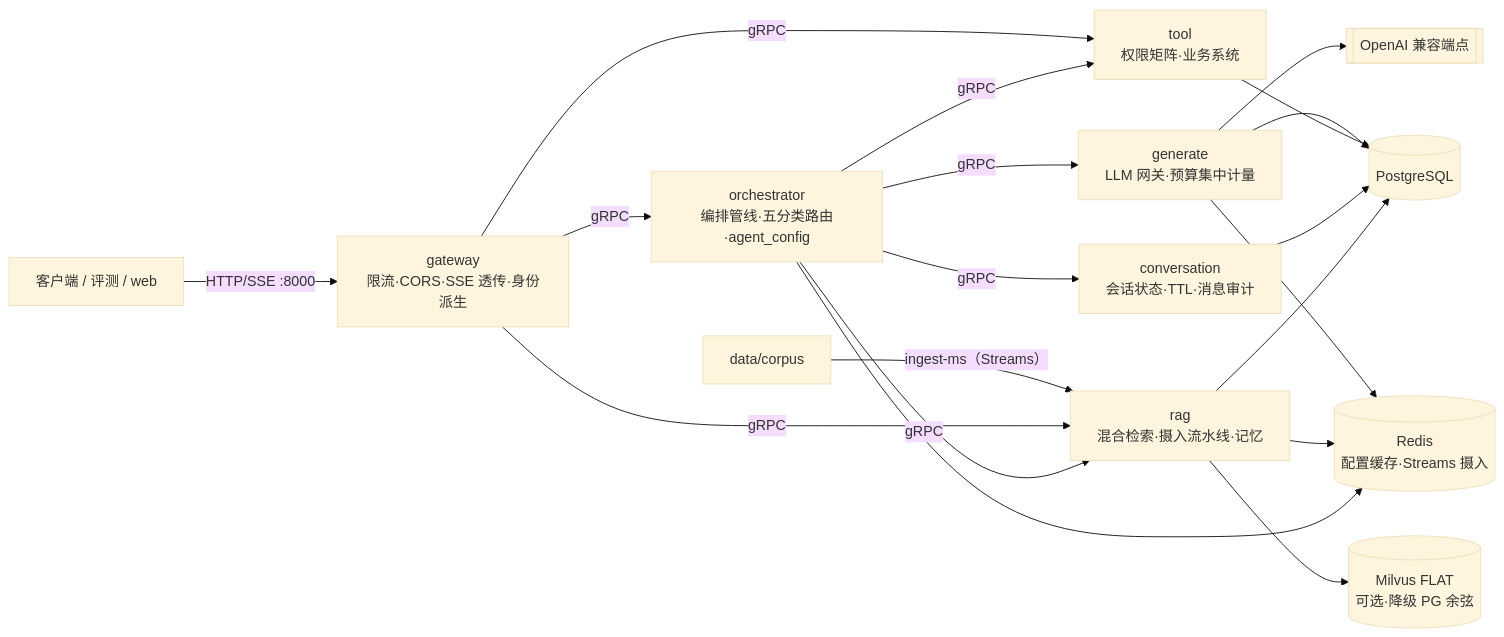
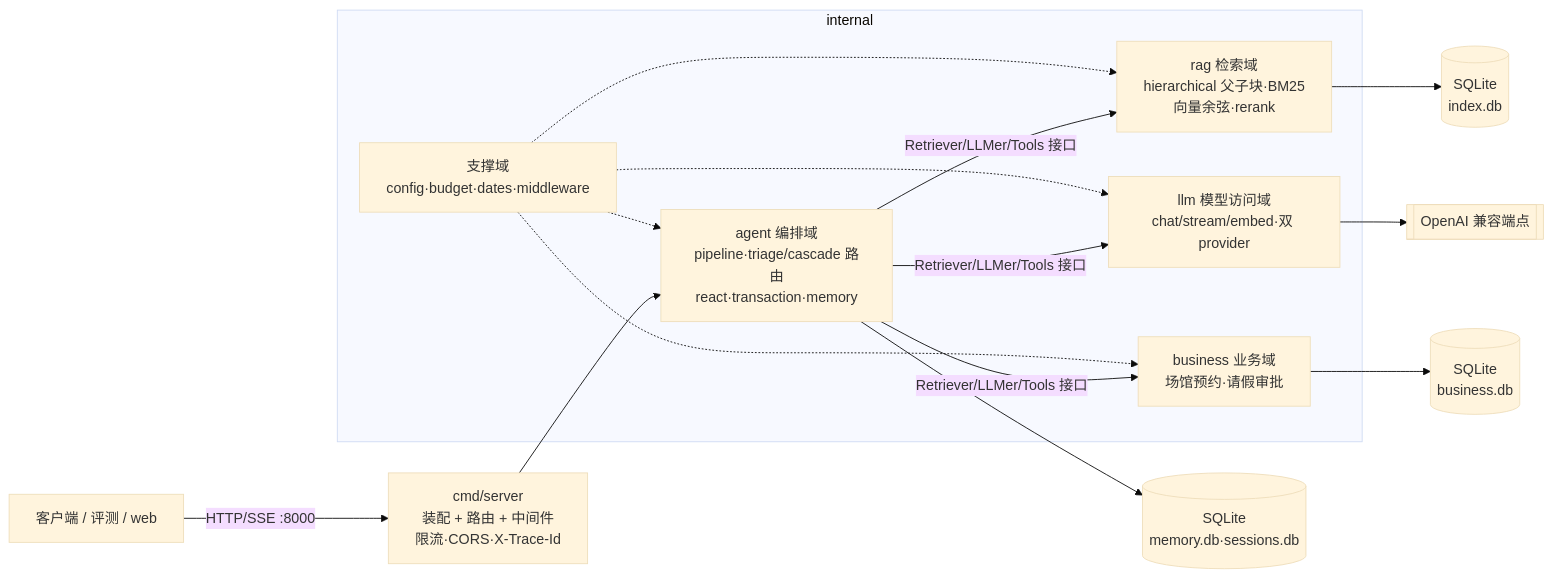
The diagram in README.md (Thekshy/gewu), drawn with Mermaid (base theme) before and after one commit. The commit also changed other lines of this file and 20 other files, not shown here.

````diff
--- a/README.md
+++ b/README.md
@@ -21,16 +19,20 @@
 ```mermaid
 flowchart LR
-    C[客户端 / 评测 / web] -->|HTTP/SSE :8000| GW[gateway<br/>限流·CORS·SSE 透传·身份派生]
-    GW -->|gRPC| ORC[orchestrator<br/>编排管线·五分类路由·agent_config]
-    ORC -->|gRPC| CONV[conversation<br/>会话状态·TTL·消息审计]
-    ORC -->|gRPC| GEN[generate<br/>LLM 网关·预算集中计量]
-    ORC -->|gRPC| RAG[rag<br/>混合检索·摄入流水线·记忆]
-    ORC -->|gRPC| TOOL[tool<br/>权限矩阵·业务系统]
-    GW -->|gRPC| RAG
-    GW -->|gRPC| TOOL
-    GEN --> LLM[[OpenAI 兼容端点]]
-    RAG --> PG[(PostgreSQL)] & MV[(Milvus FLAT<br/>可选·降级 PG 余弦)]
-    CONV & TOOL & GEN --> PG
-    ORC & RAG & GEN --> RD[(Redis<br/>配置缓存·Streams 摄入)]
-    CORPUS[data/corpus] -->|ingest-ms（Streams）| RAG
+    C[客户端 / 评测 / web] -->|HTTP/SSE :8000| API[cmd/server<br/>装配 + 路由 + 中间件<br/>限流·CORS·X-Trace-Id]
+
+    subgraph internal
+        AGENT[agent 编排域<br/>pipeline·triage/cascade 路由<br/>react·transaction·memory]
+        RAG[rag 检索域<br/>hierarchical 父子块·BM25<br/>向量余弦·rerank]
+        LLM[llm 模型访问域<br/>chat/stream/embed·双 provider]
+        BIZ[business 业务域<br/>场馆预约·请假审批]
+        SUP[支撑域<br/>config·budget·dates·middleware]
+    end
+
+    API --> AGENT
+    AGENT -->|Retriever/LLMer/Tools 接口| RAG & LLM & BIZ
+    RAG --> DB[(SQLite<br/>index.db)]
+    AGENT --> DB2[(SQLite<br/>memory.db·sessions.db)]
+    BIZ --> DB3[(SQLite<br/>business.db)]
+    LLM --> EXT[[OpenAI 兼容端点]]
+    SUP -.-> AGENT & RAG & LLM & BIZ
 ```
````
